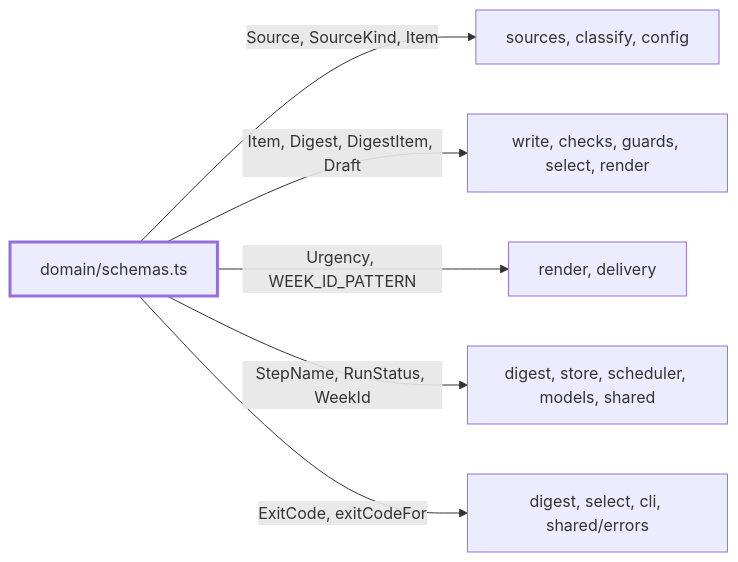
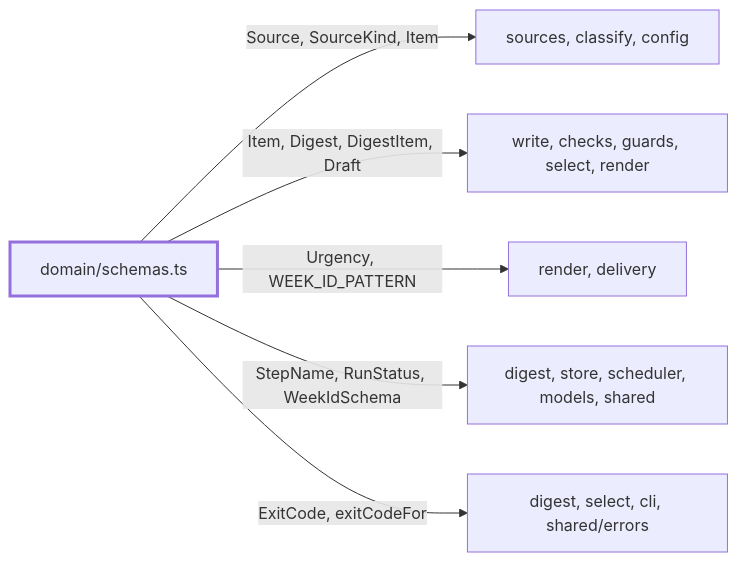
One commit to odere-pro/weekly-engineering-digest-agent changed the first of 2 diagrams in src/domain/CLAUDE.md. Above: the diagram before and after it, drawn with Mermaid. The commit also changed other lines of this file and 119 other files, not shown here.

````diff
--- a/src/domain/CLAUDE.md
+++ b/src/domain/CLAUDE.md
@@ -9,10 +9,10 @@
 ```mermaid
 flowchart LR
   domain["domain/schemas.ts"]:::focus
   domain -->|"Source, SourceKind, Item"| collecting["sources, classify, config"]
   domain -->|"Item, Digest, DigestItem, Draft"| drafting["write, checks, guards, select, render"]
   domain -->|"Urgency, WEEK_ID_PATTERN"| channels["render, delivery"]
-  domain -->|"StepName, RunStatus, WeekId"| runs["digest, store, scheduler, models, shared"]
+  domain -->|"StepName, RunStatus, WeekIdSchema"| runs["digest, store, scheduler, models, shared"]
   domain -->|"ExitCode, exitCodeFor"| exits["digest, select, cli, shared/errors"]
   classDef focus stroke-width:3px
 ```
````
